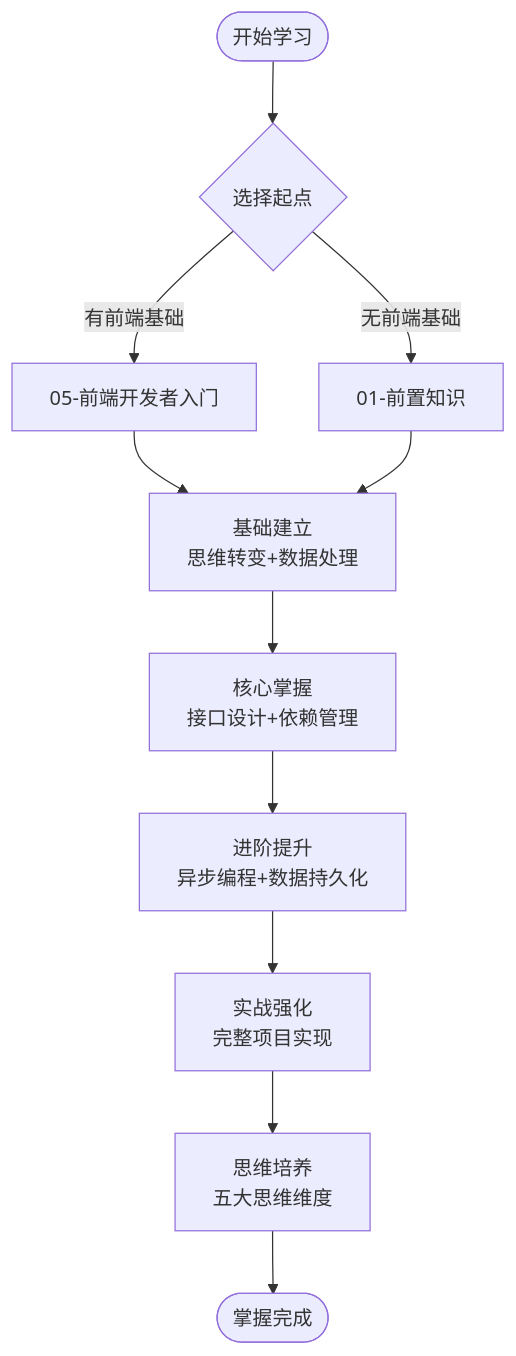
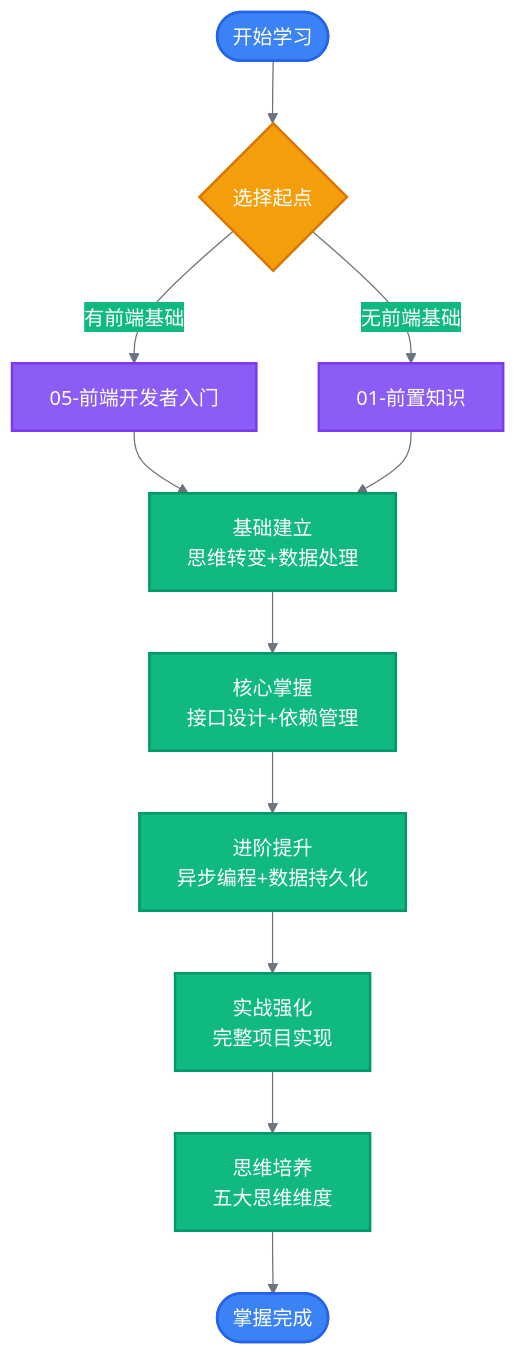
Before and after one commit to hata33/ruoyi-fastapi-full-stack: the first of 4 diagrams in ruoyi-fastapi-backend/docs/learning/06-后端知识地图/01-学习路径规划.md, drawn with Mermaid. The commit also changed other lines of this file and 9 other files, not shown here.

````diff
--- a/ruoyi-fastapi-backend/docs/learning/06-后端知识地图/01-学习路径规划.md
+++ b/ruoyi-fastapi-backend/docs/learning/06-后端知识地图/01-学习路径规划.md
@@ -5,13 +5,31 @@
 ```mermaid
+%%{init: {'theme': 'base', 'themeVariables': {
+  'primaryColor': '#3B82F6',
+  'primaryTextColor': '#fff',
+  'primaryBorderColor': '#2563EB',
+  'lineColor': '#6B7280',
+  'secondaryColor': '#10B981',
+  'tertiaryColor': '#F59E0B'
+}}}%%
 flowchart TB
     Start([开始学习]) --> Stage1{选择起点}
     Stage1 -->|有前端基础| Path1[05-前端开发者入门]
     Stage1 -->|无前端基础| Path2[01-前置知识]
     Path1 --> Foundation[基础建立<br/>思维转变+数据处理]
     Path2 --> Foundation
     Foundation --> Core[核心掌握<br/>接口设计+依赖管理]
     Core --> Advanced[进阶提升<br/>异步编程+数据持久化]
     Advanced --> Practice[实战强化<br/>完整项目实现]
     Practice --> Thinking[思维培养<br/>五大思维维度]
     Thinking --> Mastery([掌握完成])
+
+    classDef startEnd fill:#3B82F6,stroke:#2563EB,color:#fff,stroke-width:2px
+    classDef decision fill:#F59E0B,stroke:#D97706,color:#fff,stroke-width:2px
+    classDef process fill:#10B981,stroke:#059669,color:#fff,stroke-width:2px
+    classDef path fill:#8B5CF6,stroke:#7C3AED,color:#fff,stroke-width:2px
+
+    class Start,Mastery startEnd
+    class Stage1 decision
+    class Foundation,Core,Advanced,Practice,Thinking process
+    class Path1,Path2 path
 ```
````
